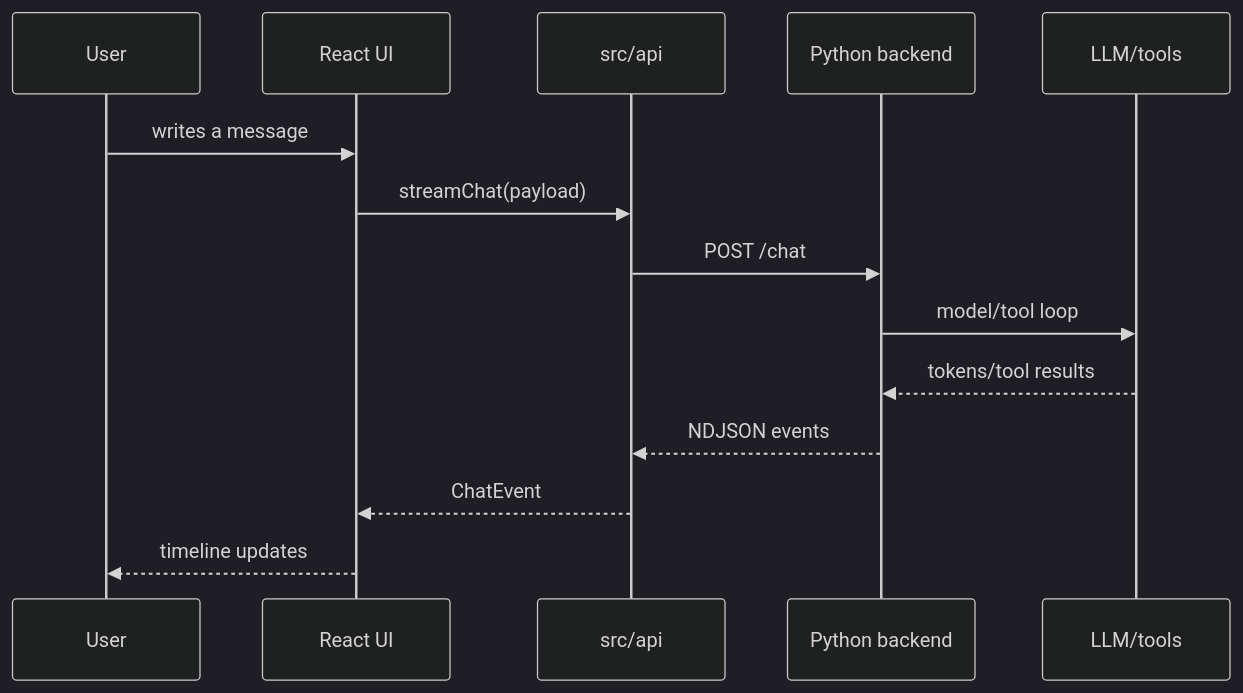
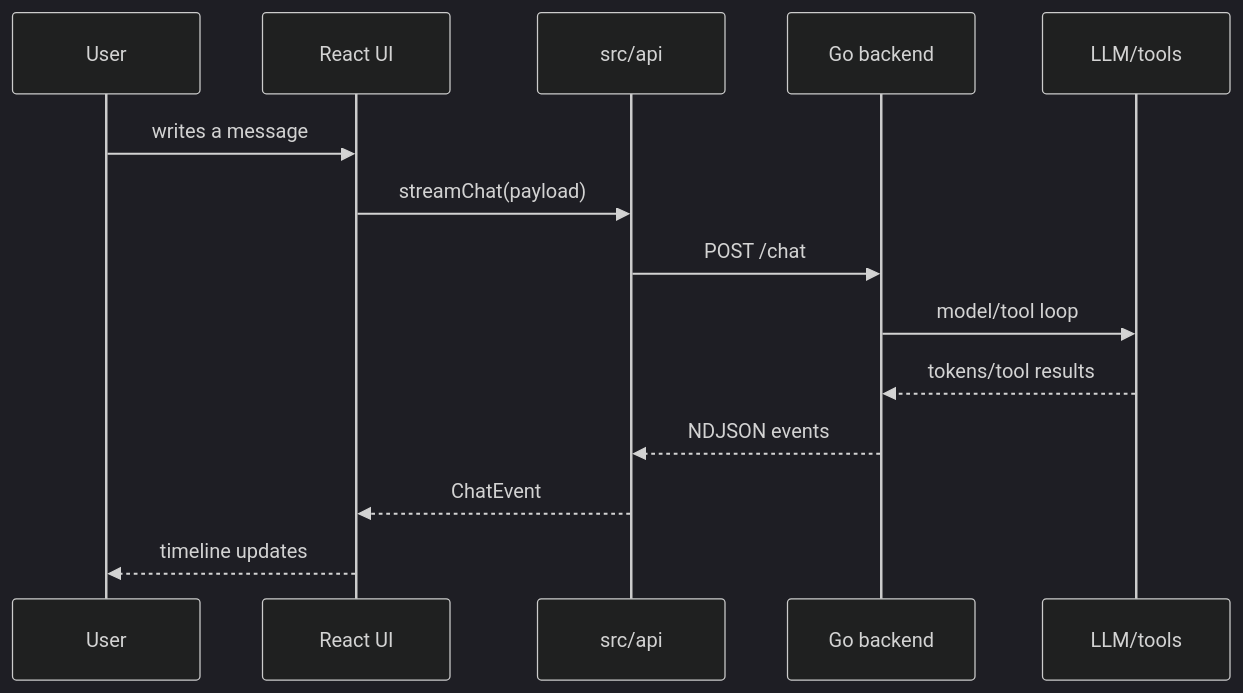
One commit to elev1e1nSure/warden-desktop changed the second of 2 diagrams in docs/architecture.md. Above: the diagram before and after it, drawn with Mermaid (dark theme). The commit also changed other lines of this file and 8 other files, not shown here.

First line of the commit message:
feat(timeline): remove branch dots/nubs, add gradient fade to all tree lines

````diff
--- a/docs/architecture.md
+++ b/docs/architecture.md
@@ -144,17 +142,17 @@
 ```mermaid
 sequenceDiagram
   participant U as User
   participant UI as React UI
   participant API as src/api
-  participant B as Python backend
+  participant B as Go backend
   participant L as LLM/tools
 
   U->>UI: writes a message
   UI->>API: streamChat(payload)
   API->>B: POST /chat
   B->>L: model/tool loop
   L-->>B: tokens/tool results
   B-->>API: NDJSON events
   API-->>UI: ChatEvent
   UI-->>U: timeline updates
 ```
````
